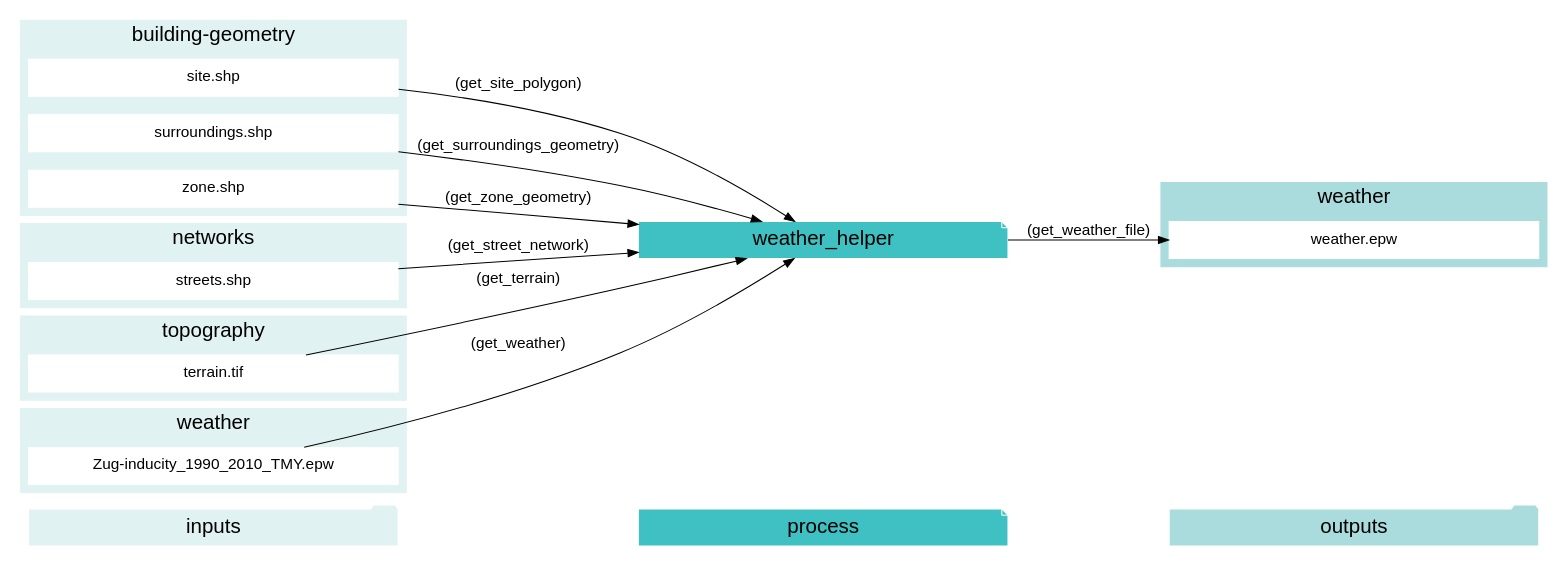
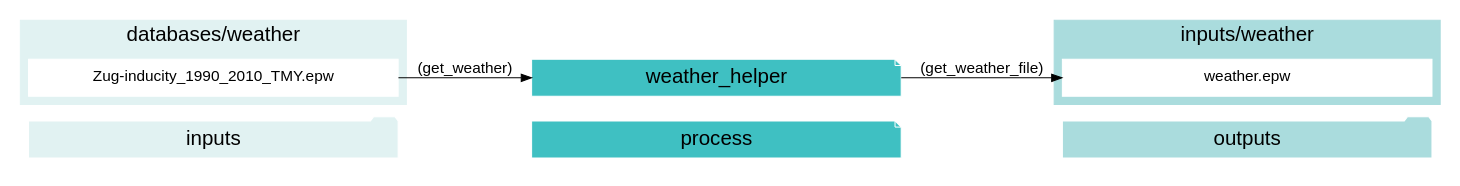
Diagram 19 of 23 in docs/script-data-flow.rst (architecture-building-systems/CityEnergyAnalyst), drawn with Graphviz before and after one commit. The commit also changed other lines of this file and 25 other files, not shown here.

Commit message:
cleaning up cea-doc graphviz

```diff
--- a/docs/script-data-flow.rst
+++ b/docs/script-data-flow.rst
@@ -1807,68 +1282,37 @@
 .. graphviz::
 
-    digraph trace_inputlocator {
+    digraph weather_helper {
     rankdir="LR";
     graph [overlap=false, fontname=arial];
     node [shape=box, style=filled, color=white, fontsize=15, fontname=arial, fixedsize=true, width=5];
     edge [fontname=arial, fontsize = 15]
     newrank=true
     subgraph cluster_legend {
     fontsize=25
     style=invis
     "process"[style=filled, fillcolor="#3FC0C2", shape=note, fontsize=20, fontname="arial"]
     "inputs" [style=filled, shape=folder, color=white, fillcolor="#E1F2F2", fontsize=20]
     "outputs"[style=filled, shape=folder, color=white, fillcolor="#aadcdd", fontsize=20]
     "inputs"->"process"[style=invis]
     "process"->"outputs"[style=invis]
     }
     "weather_helper"[style=filled, color=white, fillcolor="#3FC0C2", shape=note, fontsize=20, fontname=arial];
     subgraph cluster_0_in {
         style = filled;
         color = "#E1F2F2";
         fontsize = 20;
         rank=same;
-        label="building-geometry";
-        "site.shp"
-        "surroundings.shp"
-        "zone.shp"
-    }
-    subgraph cluster_1_in {
-        style = filled;
-        color = "#E1F2F2";
-        fontsize = 20;
-        rank=same;
-        label="networks";
-        "streets.shp"
-    }
-    subgraph cluster_2_in {
-        style = filled;
-        color = "#E1F2F2";
-        fontsize = 20;
-        rank=same;
-        label="topography";
-        "terrain.tif"
-    }
-    subgraph cluster_3_in {
-        style = filled;
-        color = "#E1F2F2";
-        fontsize = 20;
-        rank=same;
-        label="weather";
+        label="databases/weather";
         "Zug-inducity_1990_2010_TMY.epw"
     }
-    subgraph cluster_3_out {
+    subgraph cluster_1_out {
         style = filled;
         color = "#aadcdd";
         fontsize = 20;
         rank=same;
-        label="weather";
+        label="inputs/weather";
         "weather.epw"
     }
-    "site.shp" -> "weather_helper"[label="(get_site_polygon)"]
-    "streets.shp" -> "weather_helper"[label="(get_street_network)"]
-    "surroundings.shp" -> "weather_helper"[label="(get_surroundings_geometry)"]
-    "terrain.tif" -> "weather_helper"[label="(get_terrain)"]
     "Zug-inducity_1990_2010_TMY.epw" -> "weather_helper"[label="(get_weather)"]
-    "zone.shp" -> "weather_helper"[label="(get_zone_geometry)"]
     "weather_helper" -> "weather.epw"[label="(get_weather_file)"]
     }
```
